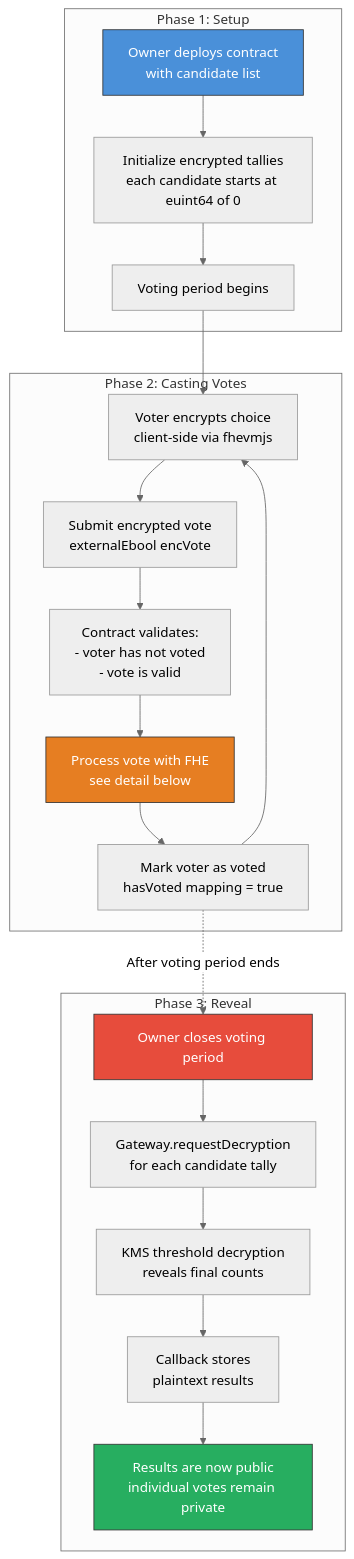
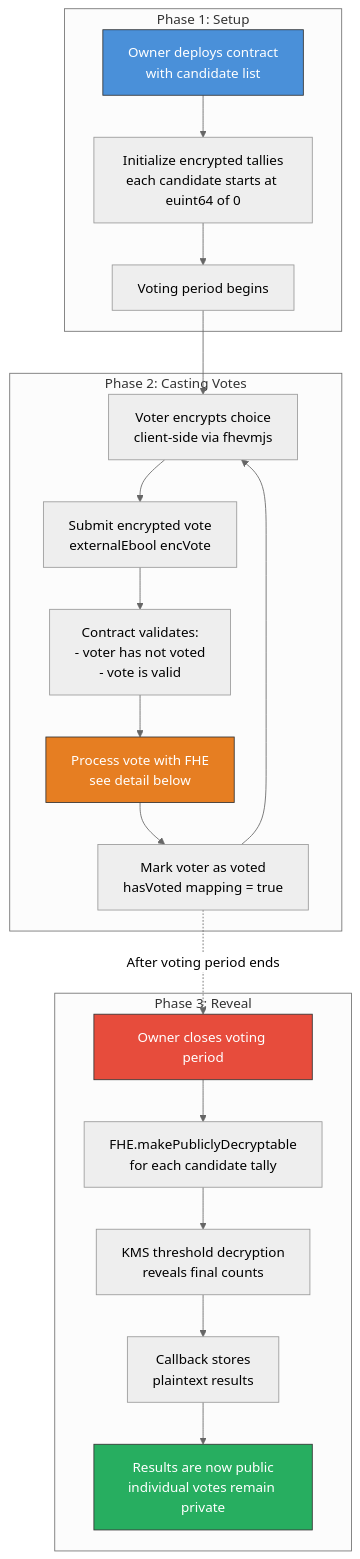
The first of 4 diagrams in diagrams/voting-flow.md (Himess/fhevm-bootcamp), drawn with Mermaid (neutral theme) before and after one commit. The commit also changed other lines of this file and 33 other files, not shown here.

````diff
--- a/diagrams/voting-flow.md
+++ b/diagrams/voting-flow.md
@@ -7,30 +7,30 @@
 ```mermaid
 graph TD
     subgraph "Phase 1: Setup"
         DEPLOY[Owner deploys contract<br/>with candidate list] --> INIT[Initialize encrypted tallies<br/>each candidate starts at euint64 of 0]
         INIT --> OPEN[Voting period begins]
     end
 
     subgraph "Phase 2: Casting Votes"
         OPEN --> VOTER[Voter encrypts choice<br/>client-side via fhevmjs]
         VOTER --> SUBMIT[Submit encrypted vote<br/>externalEbool encVote]
         SUBMIT --> VALIDATE[Contract validates:<br/>- voter has not voted<br/>- vote is valid]
         VALIDATE --> PROCESS[Process vote with FHE<br/>see detail below]
         PROCESS --> MARK[Mark voter as voted<br/>hasVoted mapping = true]
         MARK --> VOTER
     end
 
     subgraph "Phase 3: Reveal"
-        CLOSE[Owner closes voting period] --> REQUEST[Gateway.requestDecryption<br/>for each candidate tally]
+        CLOSE[Owner closes voting period] --> REQUEST[FHE.makePubliclyDecryptable<br/>for each candidate tally]
         REQUEST --> KMS[KMS threshold decryption<br/>reveals final counts]
         KMS --> CALLBACK[Callback stores<br/>plaintext results]
         CALLBACK --> PUBLIC[Results are now public<br/>individual votes remain private]
     end
 
     MARK -.->|After voting period ends| CLOSE
 
     style DEPLOY fill:#4a90d9,stroke:#333,color:#fff
     style PROCESS fill:#e67e22,stroke:#333,color:#fff
     style CLOSE fill:#e74c3c,stroke:#333,color:#fff
     style PUBLIC fill:#27ae60,stroke:#333,color:#fff
 ```
````
